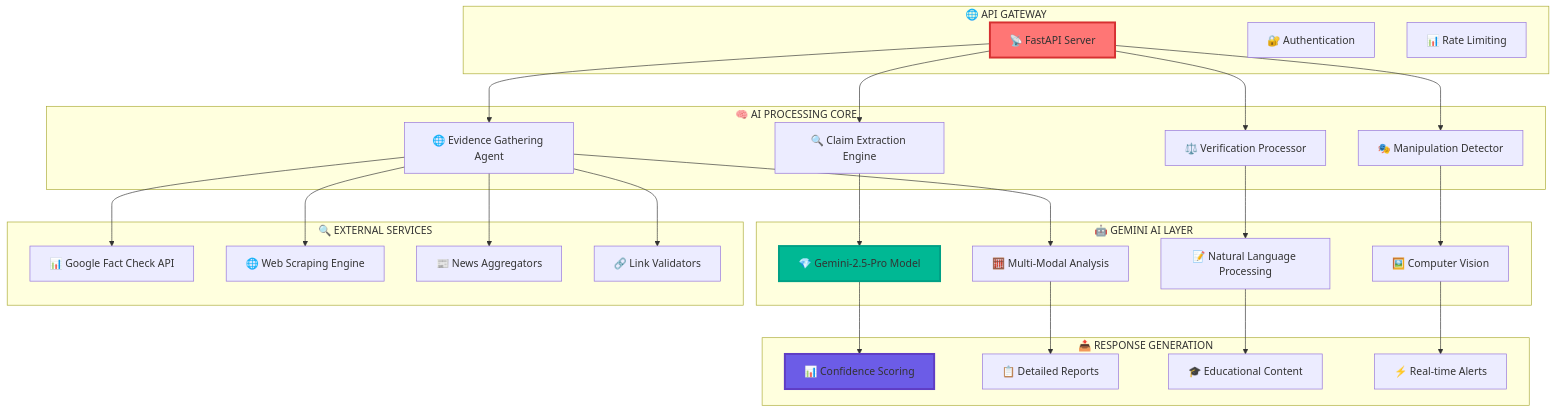
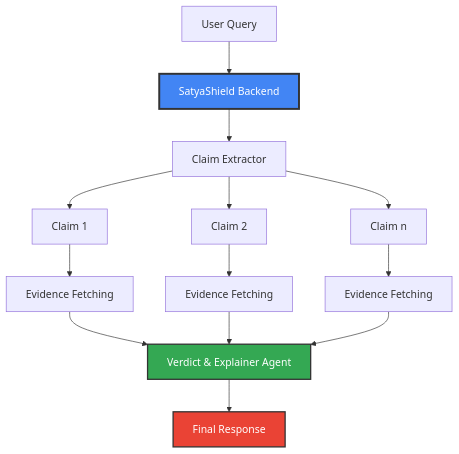
Before and after one commit to Satya-Shield/Backend: the diagram in README.md, drawn with Mermaid. The commit also changed other lines of this file, not shown here.

````diff
--- a/README.md
+++ b/README.md
@@ -30,60 +34,19 @@
 ```mermaid
-graph TB
-    subgraph "🌐 API GATEWAY"
-        A1[📡 FastAPI Server]
-        A2[🔐 Authentication]
-        A3[📊 Rate Limiting]
-    end
+graph TD
+    A[User Query] --> B[SatyaShield Backend]
+    B --> C[Claim Extractor]
+    C --> D[Claim 1]
+    C --> E[Claim 2]
+    C --> F[Claim n]
+    D --> G[Evidence Fetching]
+    E --> H[Evidence Fetching]
+    F --> I[Evidence Fetching]
+    G --> J[Verdict & Explainer Agent]
+    H --> J
+    I --> J
+    J --> K[Final Response]
     
-    subgraph "🧠 AI PROCESSING CORE"
-        B1[🔍 Claim Extraction Engine]
-        B2[🌐 Evidence Gathering Agent]
-        B3[⚖️ Verification Processor]
-        B4[🎭 Manipulation Detector]
-    end
-    
-    subgraph "🤖 GEMINI AI LAYER"
-        C1[💎 Gemini-2.5-Pro Model]
-        C2[🧮 Multi-Modal Analysis]
-        C3[📝 Natural Language Processing]
-        C4[🖼️ Computer Vision]
-    end
-    
-    subgraph "🔍 EXTERNAL SERVICES"
-        D1[📊 Google Fact Check API]
-        D2[🌐 Web Scraping Engine]
-        D3[📰 News Aggregators]
-        D4[🔗 Link Validators]
-    end
-    
-    subgraph "📤 RESPONSE GENERATION"
-        E1[📊 Confidence Scoring]
-        E2[📋 Detailed Reports]
-        E3[🎓 Educational Content]
-        E4[⚡ Real-time Alerts]
-    end
-    
-    A1 --> B1
-    A1 --> B2
-    A1 --> B3
-    A1 --> B4
-    
-    B1 --> C1
-    B2 --> C2
-    B3 --> C3
-    B4 --> C4
-    
-    B2 --> D1
-    B2 --> D2
-    B2 --> D3
-    B2 --> D4
-    
-    C1 --> E1
-    C2 --> E2
-    C3 --> E3
-    C4 --> E4
-    
-    style A1 fill:#ff7675,stroke:#d63031,stroke-width:3px
-    style C1 fill:#00b894,stroke:#00a085,stroke-width:3px
-    style E1 fill:#6c5ce7,stroke:#5f3dc4,stroke-width:3px
+    style B fill:#4285f4,stroke:#333,stroke-width:3px,color:#fff
+    style J fill:#34a853,stroke:#333,stroke-width:2px,color:#fff
+    style K fill:#ea4335,stroke:#333,stroke-width:2px,color:#fff
 ```
````
